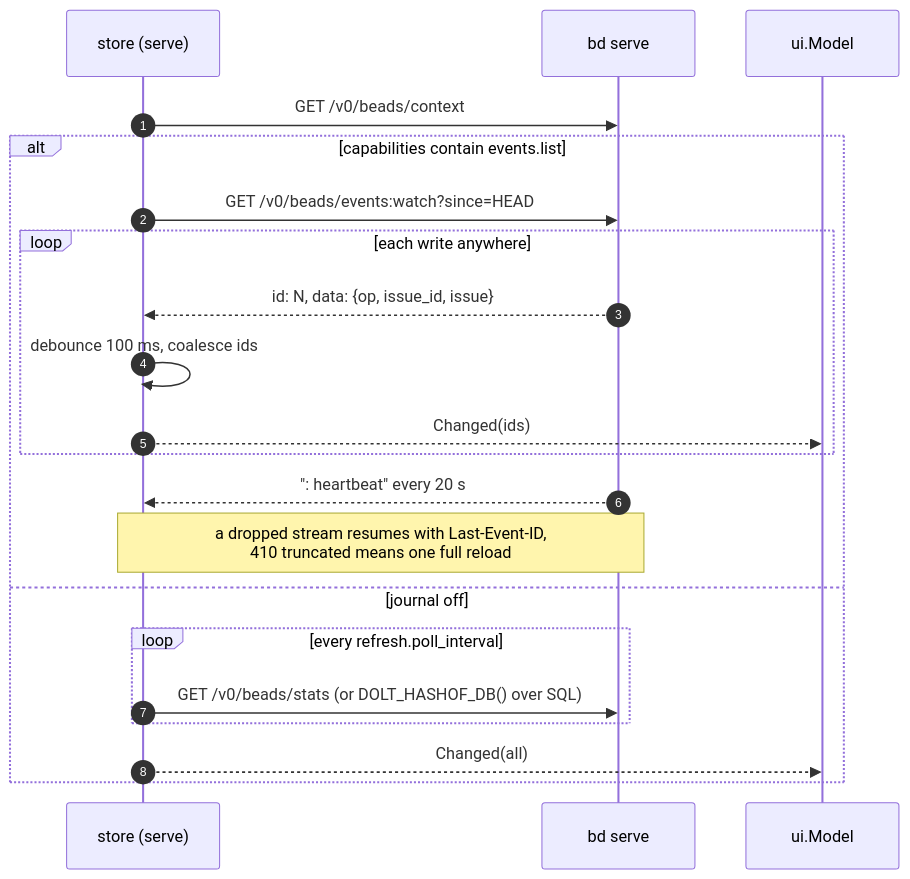
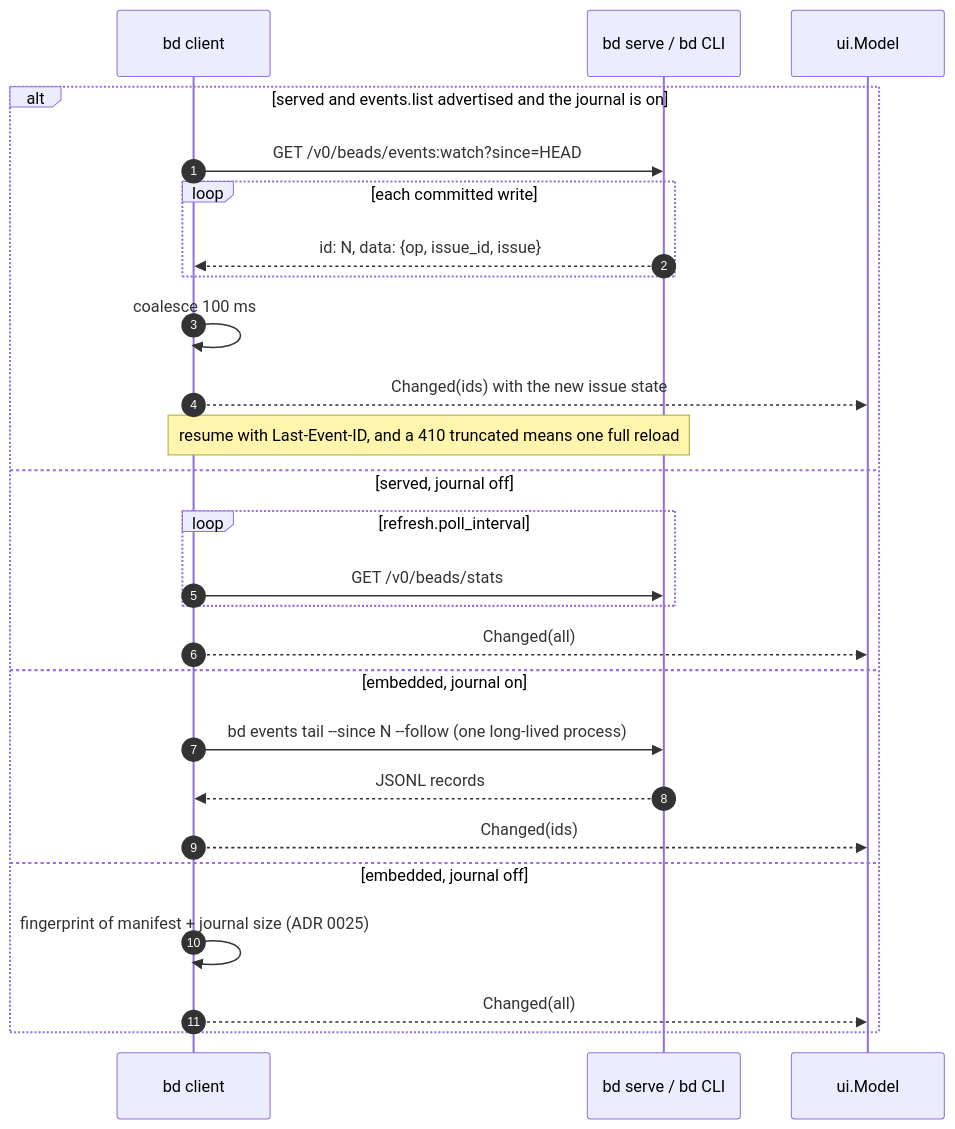
Before and after one commit to vanderheijden86/b9s: the sixth of 8 diagrams in docs/plans/2026-10-14-data-io-target-state.md, drawn with Mermaid. The commit also changed other lines of this file, not shown here.

First line of the commit message:
docs(plans): redesign the data IO target state around bd's client doors

````diff
--- a/docs/plans/2026-10-14-data-io-target-state.md
+++ b/docs/plans/2026-10-14-data-io-target-state.md
@@ -255,23 +258,28 @@
 ```mermaid
 sequenceDiagram
     autonumber
-    participant S as store (serve)
-    participant BD as bd serve
+    participant C as bd client
+    participant S as bd serve / bd CLI
     participant UI as ui.Model
-    S->>BD: GET /v0/beads/context
-    alt capabilities contain events.list
-        S->>BD: GET /v0/beads/events:watch?since=HEAD
-        loop each write anywhere
-            BD-->>S: id: N, data: {op, issue_id, issue}
-            S->>S: debounce 100 ms, coalesce ids
-            S-->>UI: Changed(ids)
+    alt served and events.list advertised and the journal is on
+        C->>S: GET /v0/beads/events:watch?since=HEAD
+        loop each committed write
+            S-->>C: id: N, data: {op, issue_id, issue}
         end
-        BD-->>S: ": heartbeat" every 20 s
-        Note over S,BD: a dropped stream resumes with Last-Event-ID,<br/>410 truncated means one full reload
-    else journal off
-        loop every refresh.poll_interval
-            S->>BD: GET /v0/beads/stats (or DOLT_HASHOF_DB() over SQL)
+        C->>C: coalesce 100 ms
+        C-->>UI: Changed(ids) with the new issue state
+        Note over C,S: resume with Last-Event-ID, and a 410 truncated means one full reload
+    else served, journal off
+        loop refresh.poll_interval
+            C->>S: GET /v0/beads/stats
         end
-        S-->>UI: Changed(all)
+        C-->>UI: Changed(all)
+    else embedded, journal on
+        C->>S: bd events tail --since N --follow (one long-lived process)
+        S-->>C: JSONL records
+        C-->>UI: Changed(ids)
+    else embedded, journal off
+        C->>C: fingerprint of manifest + journal size (ADR 0025)
+        C-->>UI: Changed(all)
     end
 ```
````
